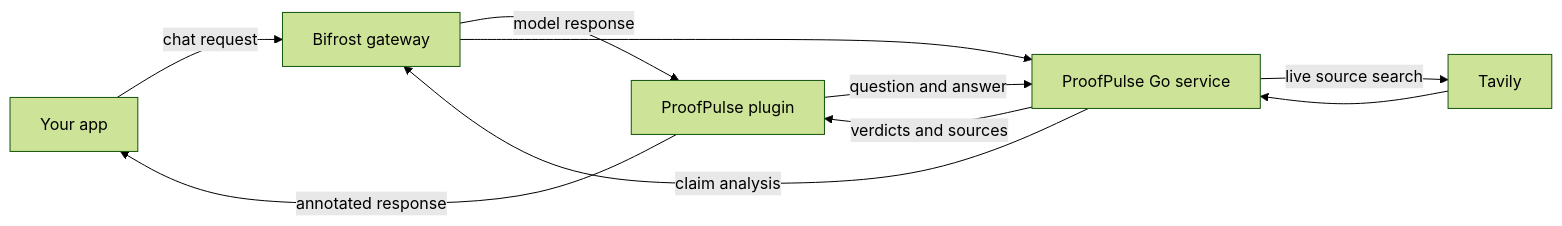
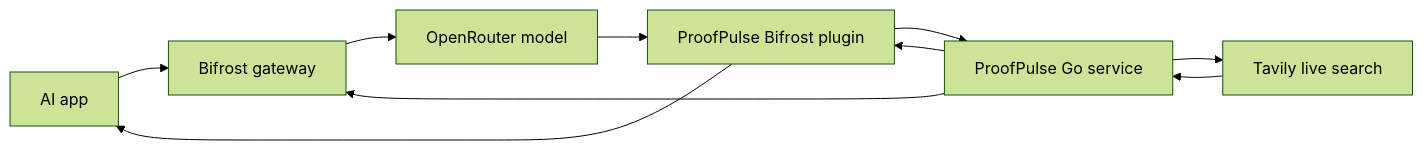
The diagram in README.md (Tanishq-lab-Genius/proofpulse), drawn with Mermaid (forest theme) before and after one commit. The commit also changed other lines of this file, not shown here.

Commit message:
Refresh README for Docker-based ProofPulse demo

````diff
--- a/README.md
+++ b/README.md
@@ -36,12 +29,12 @@
 ```mermaid
 flowchart LR
-    App[Your app] -->|chat request| Bifrost[Bifrost gateway]
-    Bifrost -->|model response| Plugin[ProofPulse plugin]
-    Plugin -->|question and answer| API[ProofPulse Go service]
-    API -->|claim analysis| Bifrost
-    API -->|live source search| Tavily[Tavily]
-    Tavily --> API
-    Bifrost --> API
-    API -->|verdicts and sources| Plugin
-    Plugin -->|annotated response| App
+    Client[AI app] --> Gateway[Bifrost gateway]
+    Gateway --> Model[OpenRouter model]
+    Model --> Plugin[ProofPulse Bifrost plugin]
+    Plugin --> Service[ProofPulse Go service]
+    Service --> Search[Tavily live search]
+    Service --> Gateway
+    Search --> Service
+    Service --> Plugin
+    Plugin --> Client
 ```
````
